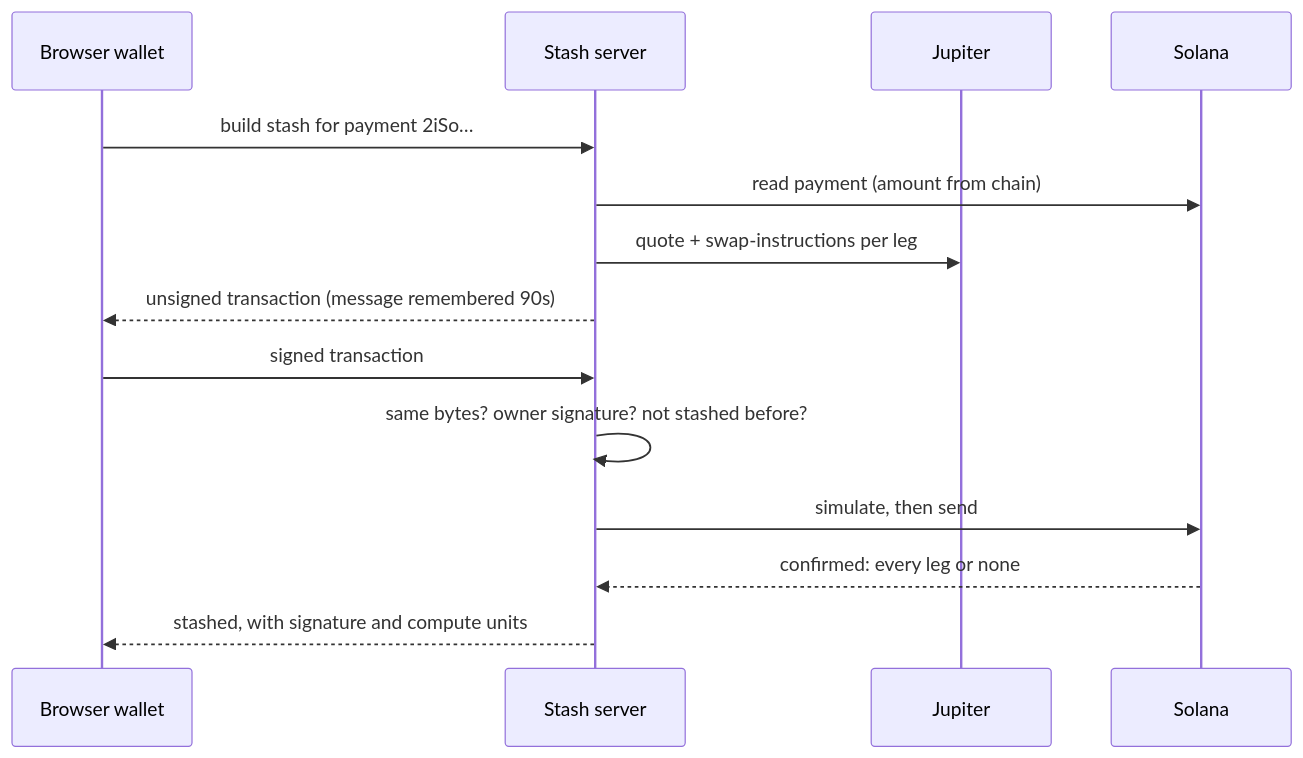
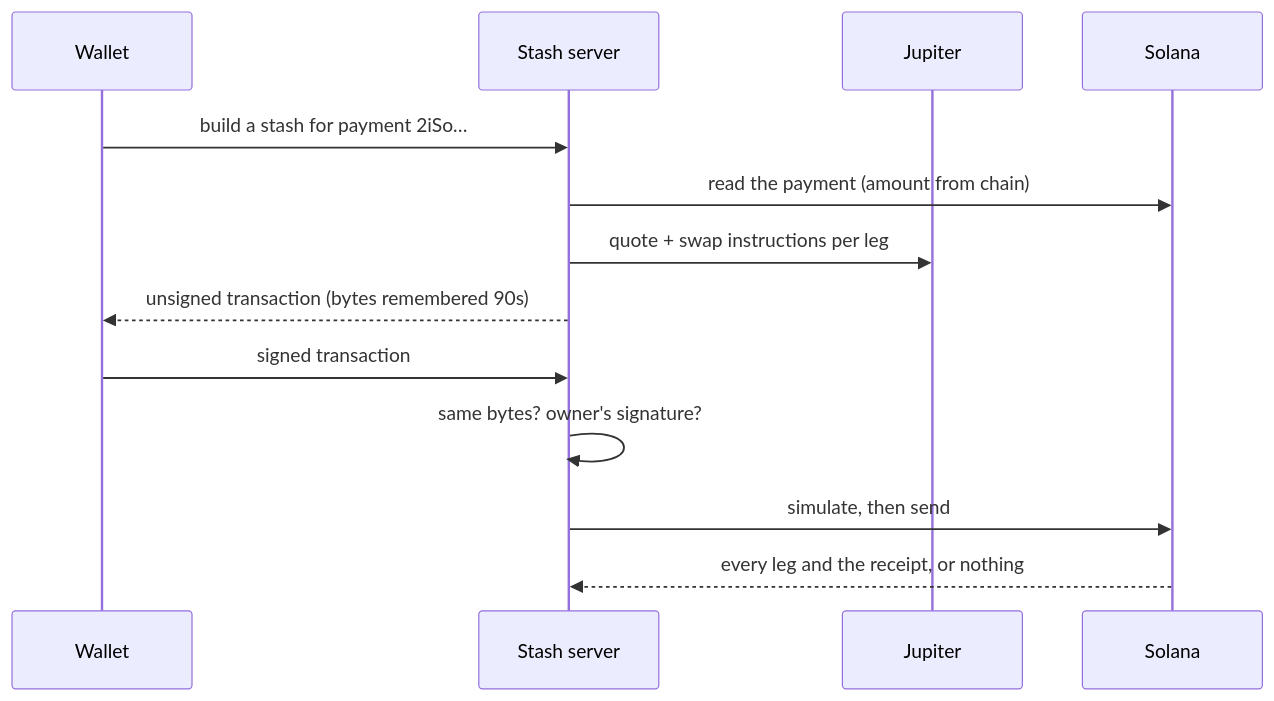
The second of 2 diagrams in README.md (Nnadijoshuac/Stash), drawn with Mermaid before and after one commit. The commit also changed other lines of this file and 6 other files, not shown here.

````diff
--- a/README.md
+++ b/README.md
@@ -148,16 +176,15 @@
 ```mermaid
 sequenceDiagram
-  participant W as Browser wallet
+  participant W as Wallet
   participant S as Stash server
   participant J as Jupiter
   participant C as Solana
-  W->>S: build stash for payment 2iSo…
-  S->>C: read payment (amount from chain)
-  S->>J: quote + swap-instructions per leg
-  S-->>W: unsigned transaction (message remembered 90s)
+  W->>S: build a stash for payment 2iSo…
+  S->>C: read the payment (amount from chain)
+  S->>J: quote + swap instructions per leg
+  S-->>W: unsigned transaction (bytes remembered 90s)
   W->>S: signed transaction
-  S->>S: same bytes? owner signature? not stashed before?
+  S->>S: same bytes? owner's signature?
   S->>C: simulate, then send
-  C-->>S: confirmed: every leg or none
-  S-->>W: stashed, with signature and compute units
+  C-->>S: every leg and the receipt, or nothing
 ```
````
